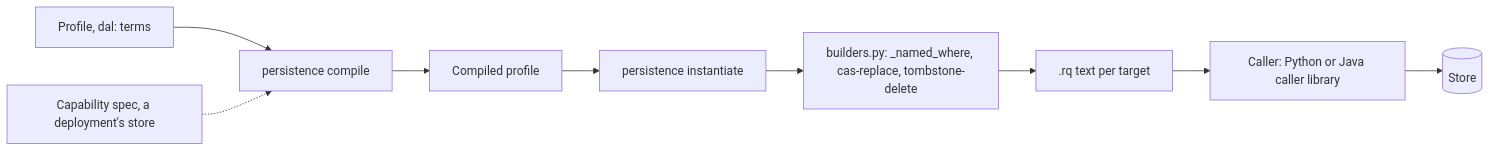
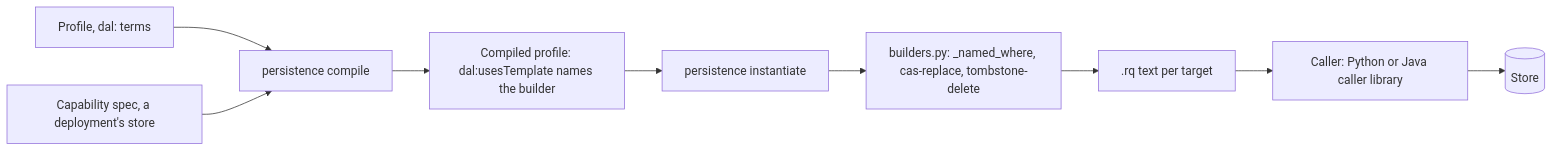
The first of 2 diagrams in docs/developer/sketches/persistence-linear-named-graph-replace.md (nebularis/lattice), drawn with Mermaid before and after one commit. The commit also changed other lines of this file and 9 other files, not shown here.

````diff
--- a/docs/developer/sketches/persistence-linear-named-graph-replace.md
+++ b/docs/developer/sketches/persistence-linear-named-graph-replace.md
@@ -20,11 +20,11 @@
 ```mermaid
 flowchart LR
   P[Profile, dal: terms] --> C[persistence compile]
-  C --> CP[Compiled profile]
+  CAP[Capability spec, a deployment's store] --> C
+  C --> CP["Compiled profile: dal:usesTemplate names the builder"]
   CP --> I[persistence instantiate]
   I --> B["builders.py: _named_where, cas-replace, tombstone-delete"]
   B --> RQ[".rq text per target"]
   RQ --> CL[Caller: Python or Java caller library]
   CL --> S[(Store)]
-  CAP[Capability spec, a deployment's store] -.-> C
 ```
````
